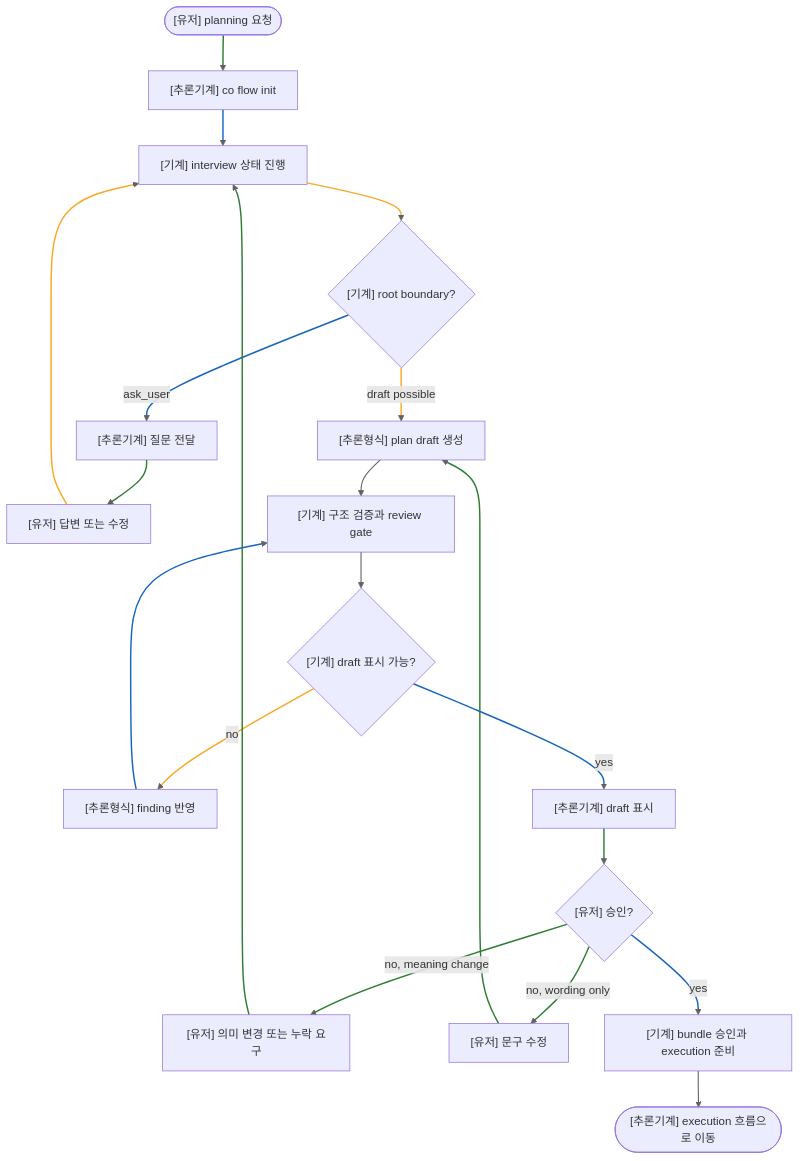
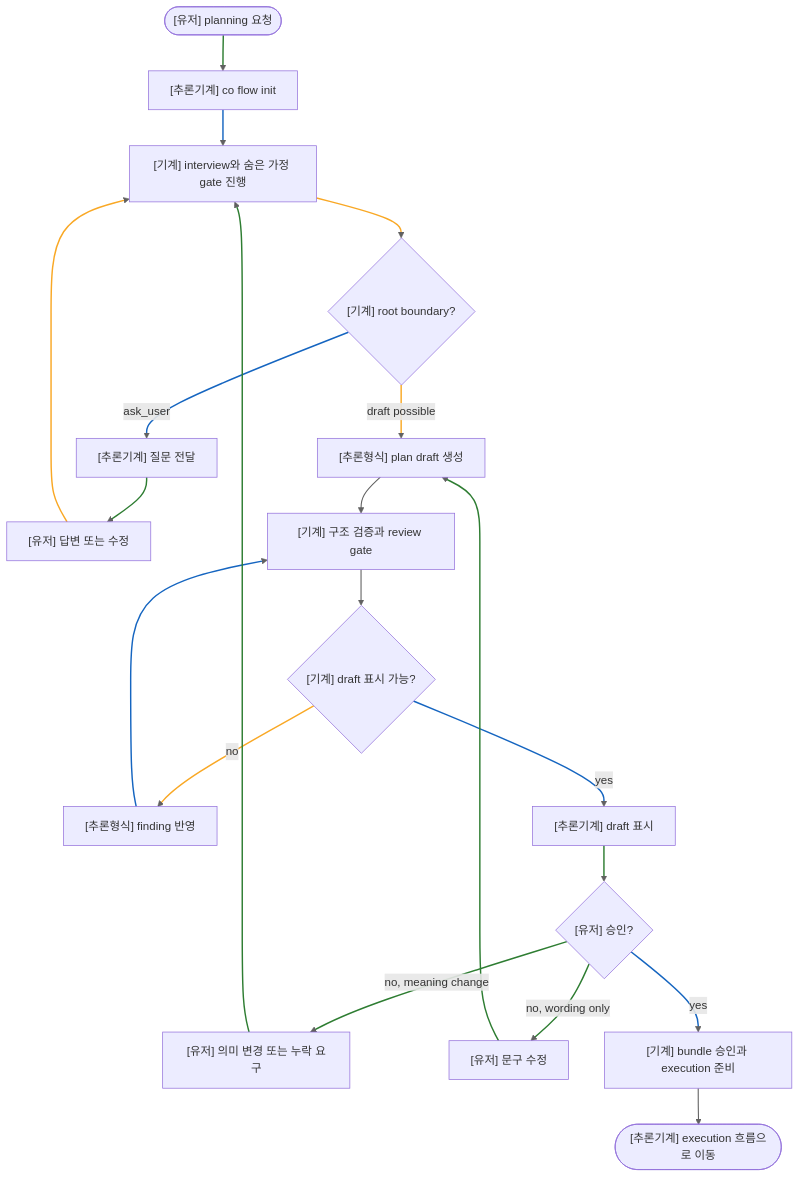
One commit to mym0404/coflow changed the second of 2 diagrams in COPLAN.md. Above: the diagram before and after it, drawn with Mermaid. The commit also changed other lines of this file and 14 other files, not shown here.

````diff
--- a/COPLAN.md
+++ b/COPLAN.md
@@ -77,44 +77,44 @@
 ```mermaid
 flowchart TD
   Start(["[유저] planning 요청"])
   Init["[추론기계] co flow init"]
-  Iterate["[기계] interview 상태 진행"]
+  Iterate["[기계] interview와 숨은 가정 gate 진행"]
   Boundary{"[기계] root boundary?"}
   Question["[추론기계] 질문 전달"]
   Answer["[유저] 답변 또는 수정"]
   Draft["[추론형식] plan draft 생성"]
   Review["[기계] 구조 검증과 review gate"]
   DraftReady{"[기계] draft 표시 가능?"}
   Repair["[추론형식] finding 반영"]
   Present["[추론기계] draft 표시"]
   Feedback{"[유저] 승인?"}
   Meaning["[유저] 의미 변경 또는 누락 요구"]
   Wording["[유저] 문구 수정"]
   Finalize["[기계] bundle 승인과 execution 준비"]
   Handoff(["[추론기계] execution 흐름으로 이동"])
 
   Start --> Init
   Init --> Iterate
   Iterate --> Boundary
   Boundary -->|ask_user| Question
   Question --> Answer
   Answer --> Iterate
   Boundary -->|draft possible| Draft
   Draft --> Review
   Review --> DraftReady
   DraftReady -->|no| Repair
   Repair --> Review
   DraftReady -->|yes| Present
   Present --> Feedback
   Feedback -->|no, meaning change| Meaning
   Meaning --> Iterate
   Feedback -->|no, wording only| Wording
   Wording --> Draft
   Feedback -->|yes| Finalize
   Finalize --> Handoff
 
   linkStyle default stroke:#616161,stroke-width:1.5px
   linkStyle 0,4,12,13,14,15,16 stroke:#2e7d32,stroke-width:2px
   linkStyle 1,3,10,11,17 stroke:#1565c0,stroke-width:2px
   linkStyle 2,5,6,9 stroke:#f9a825,stroke-width:2px
 ```
````
